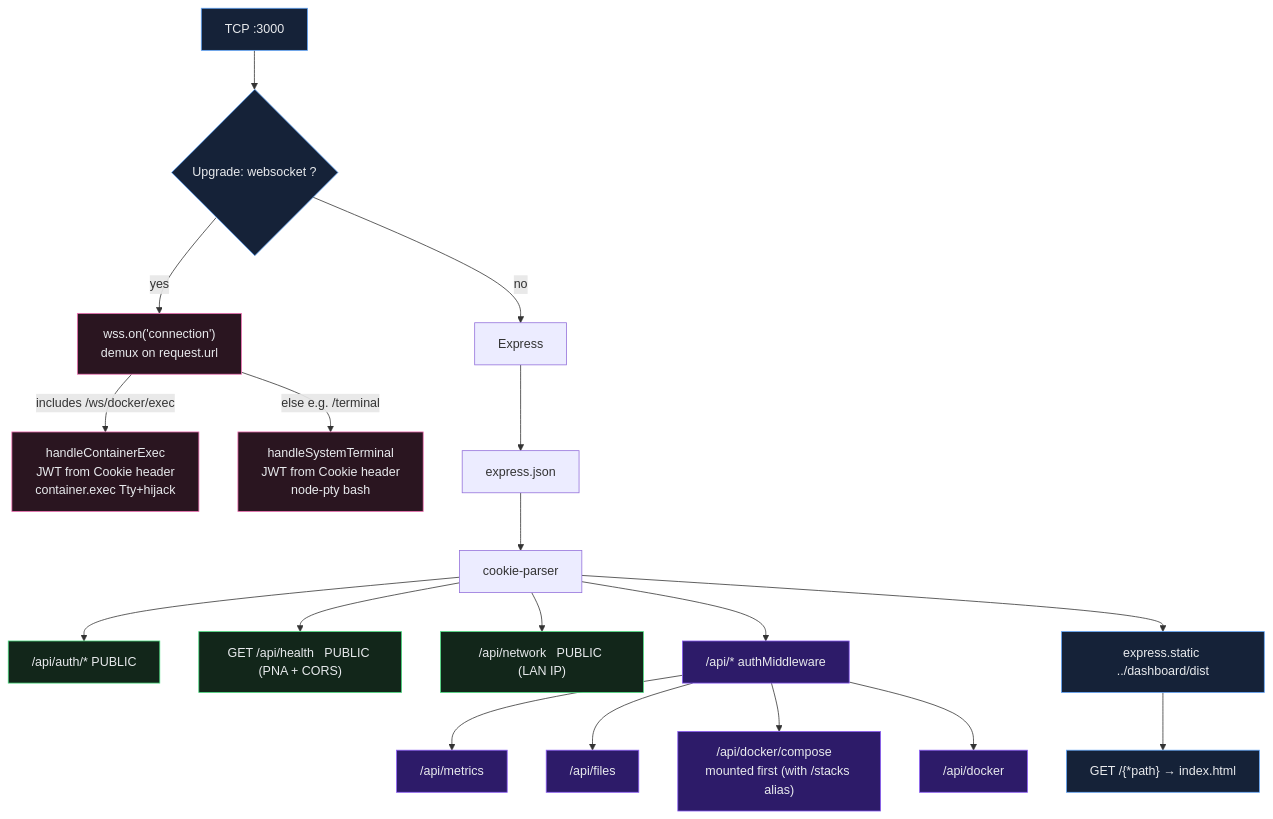
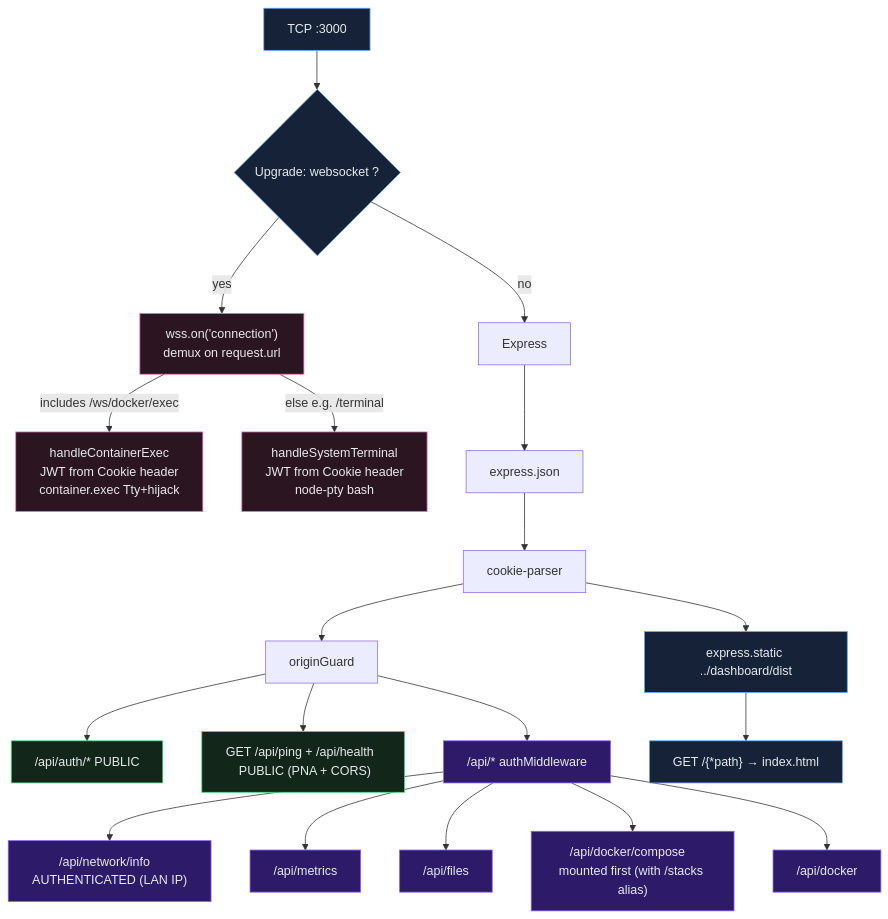
Before and after one commit to Cypher0071/Home_Cloud: the third of 7 diagrams in docs/SYSTEM_DESIGN.md, drawn with Mermaid. The commit also changed other lines of this file and 61 other files, not shown here.

````diff
--- a/docs/SYSTEM_DESIGN.md
+++ b/docs/SYSTEM_DESIGN.md
@@ -239,35 +239,36 @@
 ```mermaid
 flowchart TB
   classDef in fill:#152238,stroke:#60a5fa,color:#e8eaed
   classDef mux fill:#1e1635,stroke:#c4b5fd,color:#e8eaed
   classDef pub fill:#12261a,stroke:#4ade80,color:#e8eaed
   classDef prot fill:#2d1b69,stroke:#8b5cf6,color:#e8eaed
   classDef spa fill:#152238,stroke:#60a5fa,color:#e8eaed
   classDef ws fill:#2a1520,stroke:#f472b6,color:#e8eaed
 
   IN["TCP :3000"] --> UPG{"Upgrade: websocket ?"}
   UPG -->|yes| WSS["wss.on('connection')<br/>demux on request.url"]
   UPG -->|no| EXP["Express"]
 
   WSS -->|"includes /ws/docker/exec"| EXEC["handleContainerExec<br/>JWT from Cookie header<br/>container.exec Tty+hijack"]
   WSS -->|"else  e.g. /terminal"| HOST["handleSystemTerminal<br/>JWT from Cookie header<br/>node-pty bash"]
 
   EXP --> JSON["express.json"]
   JSON --> CK["cookie-parser"]
-  CK --> R1["/api/auth/*   PUBLIC"]
-  CK --> HL["GET /api/health   PUBLIC (PNA + CORS)"]
-  CK --> NET["/api/network   PUBLIC (LAN IP)"]
-  CK --> MW["/api/*   authMiddleware"]
+  CK --> OG["originGuard"]
+  OG --> R1["/api/auth/*   PUBLIC"]
+  OG --> HL["GET /api/ping + /api/health   PUBLIC (PNA + CORS)"]
+  OG --> MW["/api/*   authMiddleware"]
+  MW --> NET["/api/network/info   AUTHENTICATED (LAN IP)"]
   MW --> R2["/api/metrics"]
   MW --> R3["/api/files"]
   MW --> R4["/api/docker/compose   mounted first (with /stacks alias)"]
   MW --> R5["/api/docker"]
   CK --> ST["express.static ../dashboard/dist"]
   ST --> SPA["GET /{*path} → index.html"]
 
   class IN,UPG in
   class WSS,EXEC,HOST ws
-  class R1,HL,NET pub
-  class MW,R2,R3,R4,R5 prot
+  class R1,HL pub
+  class MW,NET,R2,R3,R4,R5 prot
   class ST,SPA spa
 ```
````
